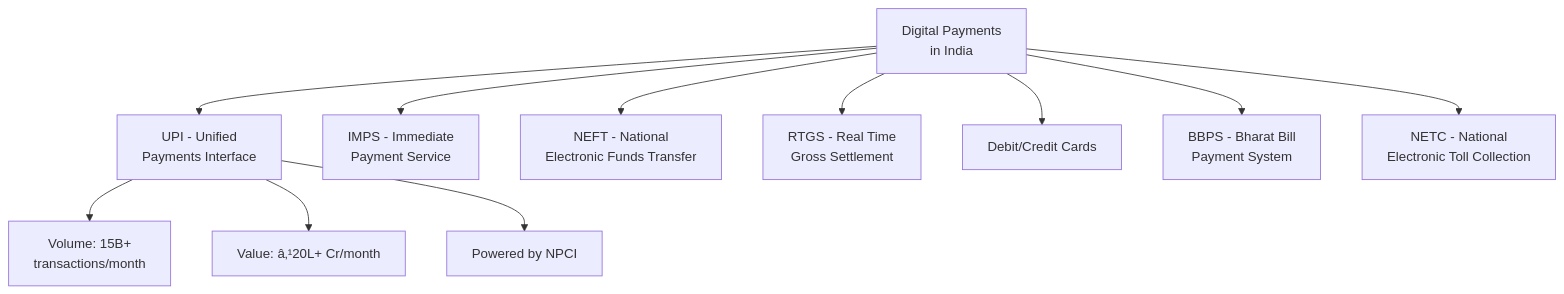
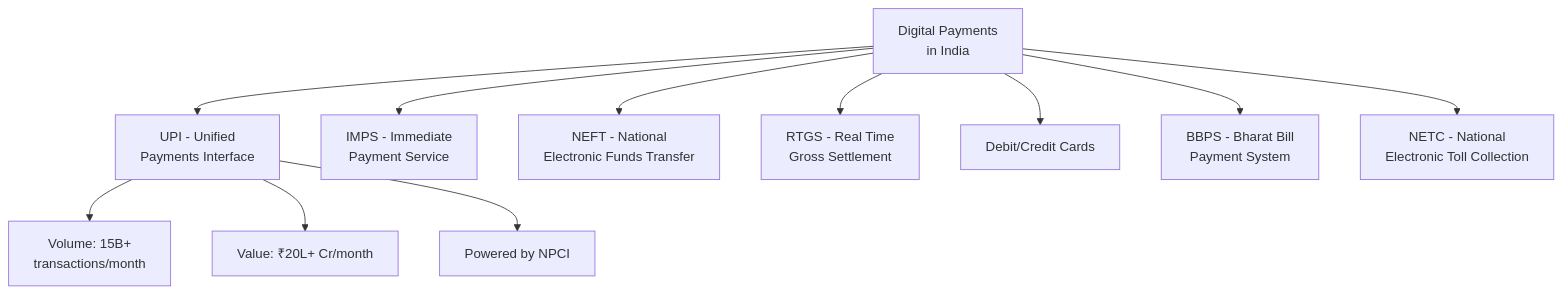
One commit to Raushan666java/ai-engineering-journey changed the fourth of 6 diagrams in docs/courses/banking-financial-awareness/05-banking-terminology-acts.md. Above: the diagram before and after it, drawn with Mermaid. The commit also changed other lines of this file and 965 other files, not shown here.

````diff
--- a/docs/courses/banking-financial-awareness/05-banking-terminology-acts.md
+++ b/docs/courses/banking-financial-awareness/05-banking-terminology-acts.md
@@ -374,14 +374,14 @@
 ```mermaid
 flowchart TD
     A[Digital Payments<br/>in India] --> B[UPI - Unified<br/>Payments Interface]
     A --> C[IMPS - Immediate<br/>Payment Service]
     A --> D[NEFT - National<br/>Electronic Funds Transfer]
     A --> E[RTGS - Real Time<br/>Gross Settlement]
     A --> F[Debit/Credit Cards]
     A --> G[BBPS - Bharat Bill<br/>Payment System]
     A --> H[NETC - National<br/>Electronic Toll Collection]
     
     B --> B1[Volume: 15B+<br/>transactions/month]
-    B --> B2[Value: â‚¹20L+ Cr/month]
+    B --> B2[Value: ₹20L+ Cr/month]
     B --> B3[Powered by NPCI]
 ```
````
